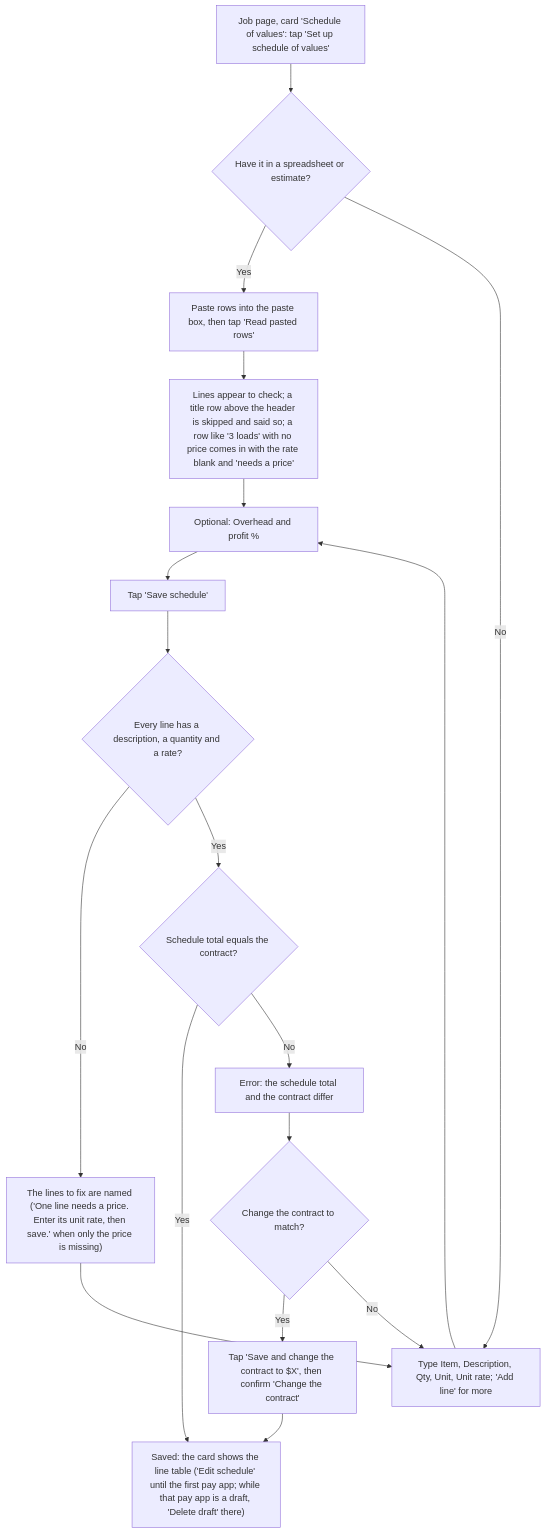
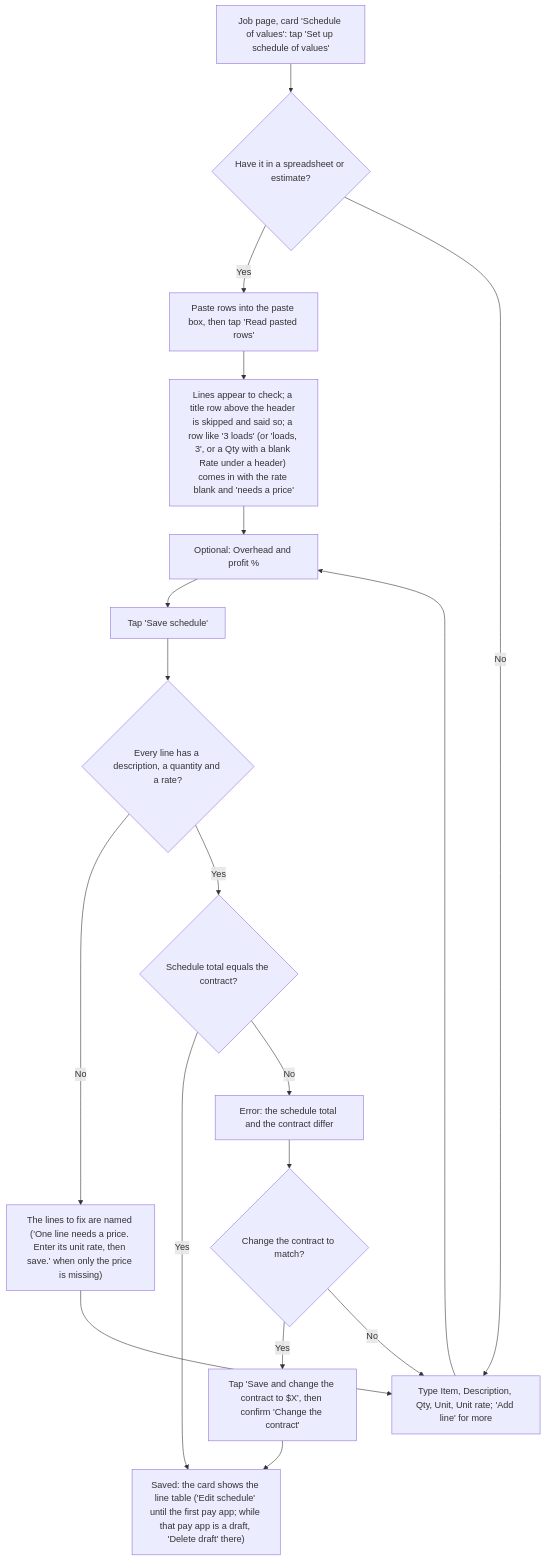
The fourth of 15 diagrams in docs/client-flows.md (cartwrightstephen/billdable), drawn with Mermaid before and after one commit. The commit also changed other lines of this file and 8 other files, not shown here.

````diff
--- a/docs/client-flows.md
+++ b/docs/client-flows.md
@@ -148,20 +148,20 @@
 ```mermaid
 flowchart TD
     A["Job page, card 'Schedule of values': tap 'Set up schedule of values'"] --> B{"Have it in a spreadsheet or estimate?"}
     B -->|"Yes"| C["Paste rows into the paste box, then tap 'Read pasted rows'"]
-    C --> D["Lines appear to check; a title row above the header is skipped and said so; a row like '3 loads' with no price comes in with the rate blank and 'needs a price'"]
+    C --> D["Lines appear to check; a title row above the header is skipped and said so; a row like '3 loads' (or 'loads, 3', or a Qty with a blank Rate under a header) comes in with the rate blank and 'needs a price'"]
     B -->|"No"| E["Type Item, Description, Qty, Unit, Unit rate; 'Add line' for more"]
     D --> F["Optional: Overhead and profit %"]
     E --> F
     F --> G["Tap 'Save schedule'"]
     G --> H{"Every line has a description, a quantity and a rate?"}
     H -->|"No"| I["The lines to fix are named ('One line needs a price. Enter its unit rate, then save.' when only the price is missing)"]
     I --> E
     H -->|"Yes"| J{"Schedule total equals the contract?"}
     J -->|"Yes"| K["Saved: the card shows the line table ('Edit schedule' until the first pay app; while that pay app is a draft, 'Delete draft' there)"]
     J -->|"No"| L["Error: the schedule total and the contract differ"]
     L --> M{"Change the contract to match?"}
     M -->|"Yes"| N["Tap 'Save and change the contract to $X', then confirm 'Change the contract'"]
     M -->|"No"| E
     N --> K
 ```
````
